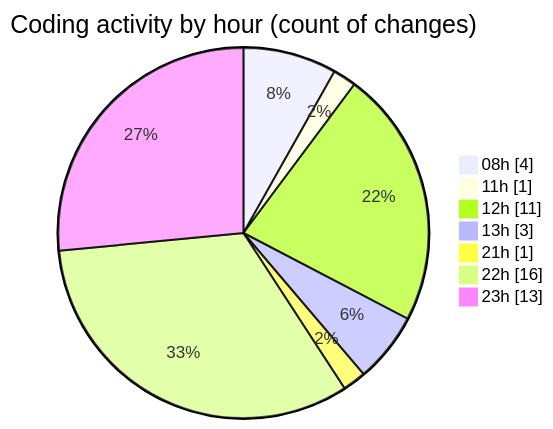
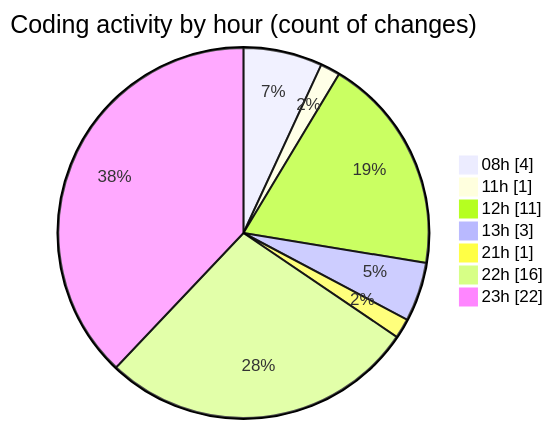
One commit to Elitesun/code-tracking changed the second of 2 diagrams in 2025-02-10/react_ecom/README.md. Above: the diagram before and after it, drawn with Mermaid. The commit also changed other lines of this file and 1 other file, not shown here.

````diff
--- a/2025-02-10/react_ecom/README.md
+++ b/2025-02-10/react_ecom/README.md
@@ -40,11 +41,11 @@
 ```mermaid
 pie showData
 title Coding activity by hour (count of changes)
 "08h" : 4
 "11h" : 1
 "12h" : 11
 "13h" : 3
 "21h" : 1
 "22h" : 16
-"23h" : 13
+"23h" : 22
 ```
````
